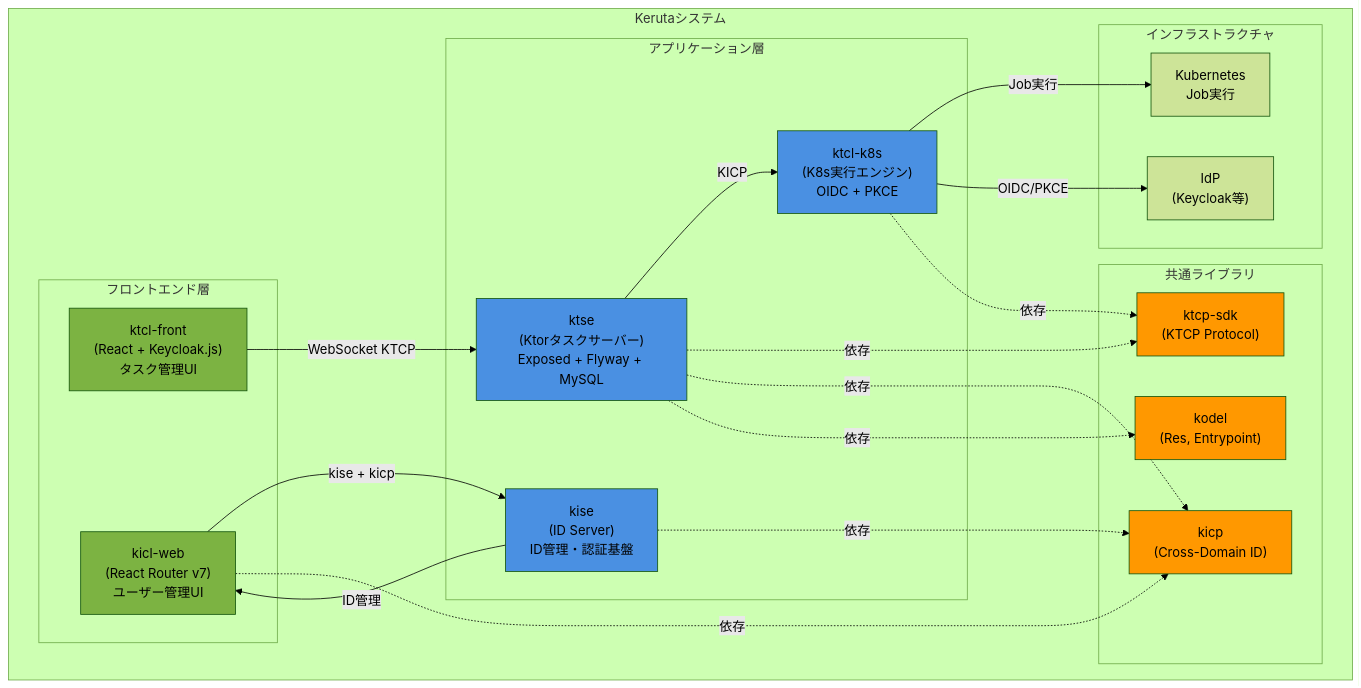
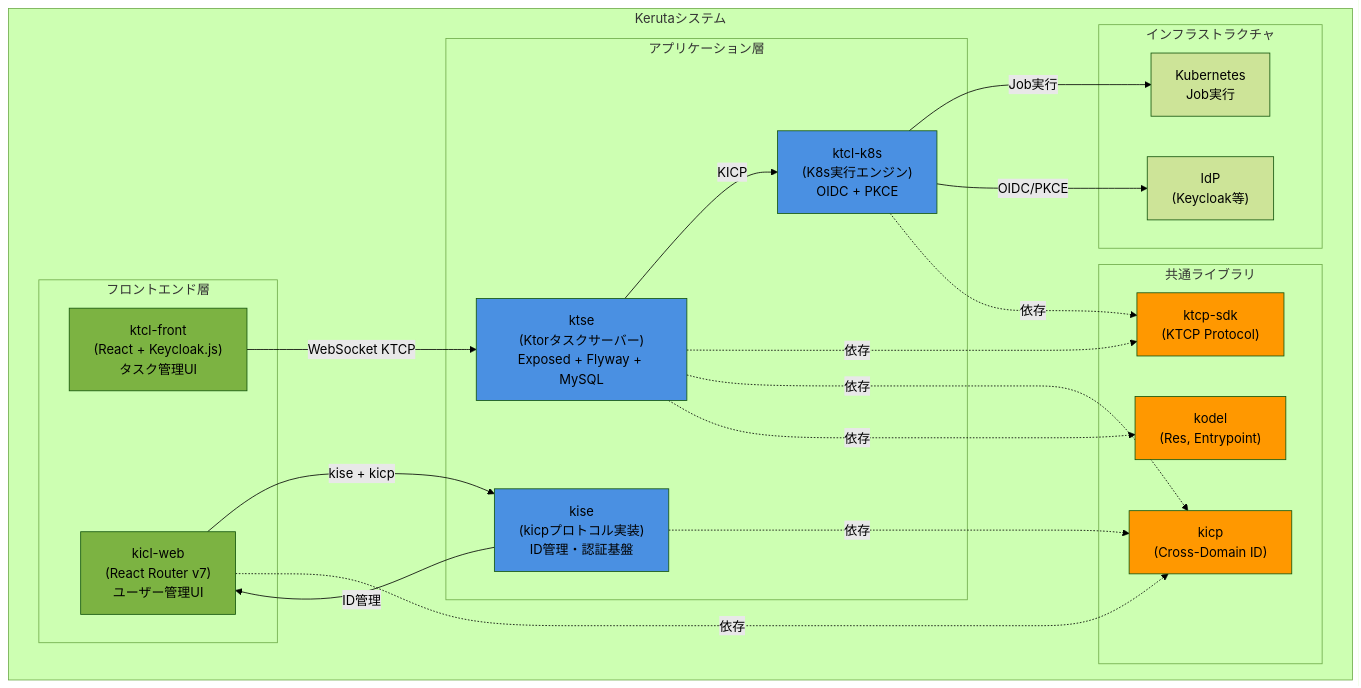
Before and after one commit to kigawa-net/keruta: the first of 7 diagrams in doc/architecture.md, drawn with Mermaid (forest theme). The commit also changed other lines of this file, not shown here.

First line of the commit message:
docs(architecture): kicpプロトコルとkiseサーバーの関係を明確化

````diff
--- a/doc/architecture.md
+++ b/doc/architecture.md
@@ -26,49 +26,49 @@
 ```mermaid
 graph TB
     subgraph "Kerutaシステム"
         subgraph "フロントエンド層"
             ktcl-front["ktcl-front<br/>(React + Keycloak.js)<br/>タスク管理UI"]
             kicl-web["kicl-web<br/>(React Router v7)<br/>ユーザー管理UI"]
         end
 
         subgraph "アプリケーション層"
             ktse["ktse<br/>(Ktorタスクサーバー)<br/>Exposed + Flyway + MySQL"]
             ktcl-k8s["ktcl-k8s<br/>(K8s実行エンジン)<br/>OIDC + PKCE"]
-            kise["kise<br/>(ID Server)<br/>ID管理・認証基盤"]
+            kise["kise<br/>(kicpプロトコル実装)<br/>ID管理・認証基盤"]
         end
 
         subgraph "インフラストラクチャ"
             k8s["Kubernetes<br/>Job実行"]
             idp["IdP<br/>(Keycloak等)"]
         end
 
         subgraph "共通ライブラリ"
             kodel["kodel<br/>(Res, Entrypoint)"]
             ktcp-sdk["ktcp-sdk<br/>(KTCP Protocol)"]
             kicp["kicp<br/>(Cross-Domain ID)"]
         end
 
         ktcl-front -->|WebSocket KTCP| ktse
         kicl-web -->|kise + kicp| kise
         kise -->|ID管理| kicl-web
         ktse -->|KICP| ktcl-k8s
         ktcl-k8s -->|Job実行| k8s
         ktcl-k8s -->|OIDC/PKCE| idp
         
         ktse -.依存.-> ktcp-sdk
         ktcl-k8s -.依存.-> ktcp-sdk
         ktse -.依存.-> kicp
         kise -.依存.-> kicp
         ktse -.依存.-> kodel
         kicl-web -.依存.-> kicp
     end
 
     style ktse fill:#4A90E2
     style ktcl-k8s fill:#4A90E2
     style kise fill:#4A90E2
     style ktcl-front fill:#7CB342
     style kicl-web fill:#7CB342
     style kodel fill:#FF9800
     style ktcp-sdk fill:#FF9800
     style kicp fill:#FF9800
 ```
````
